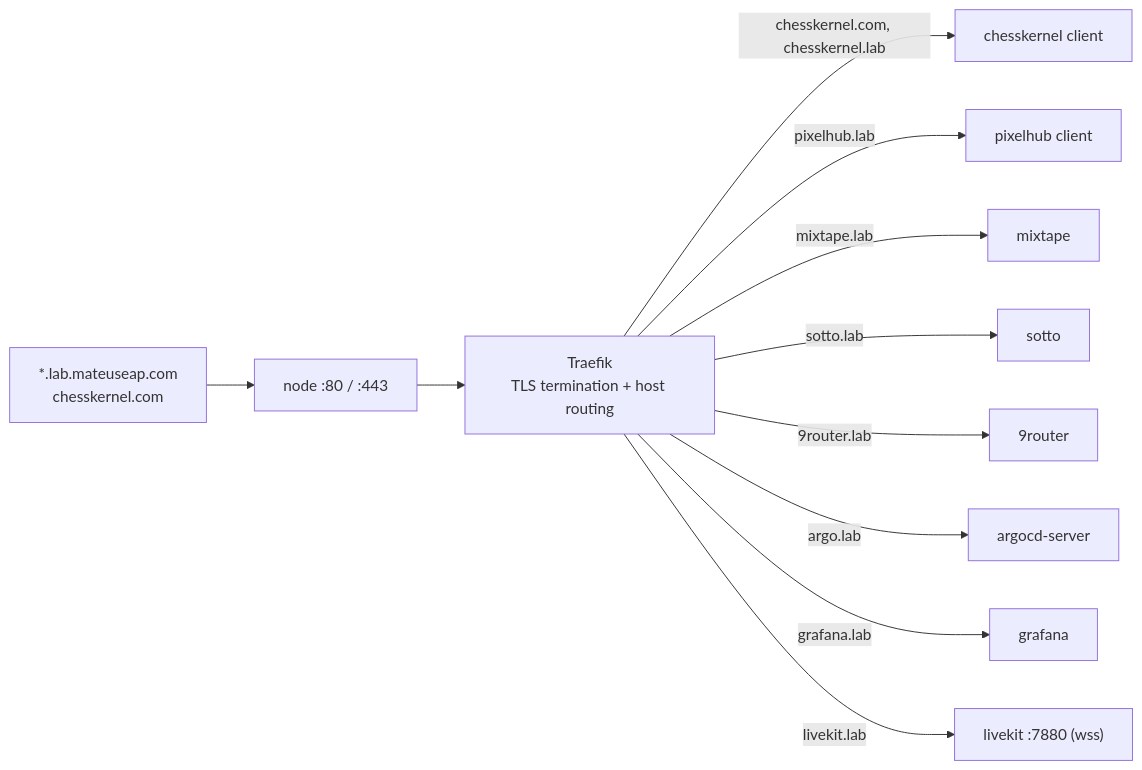
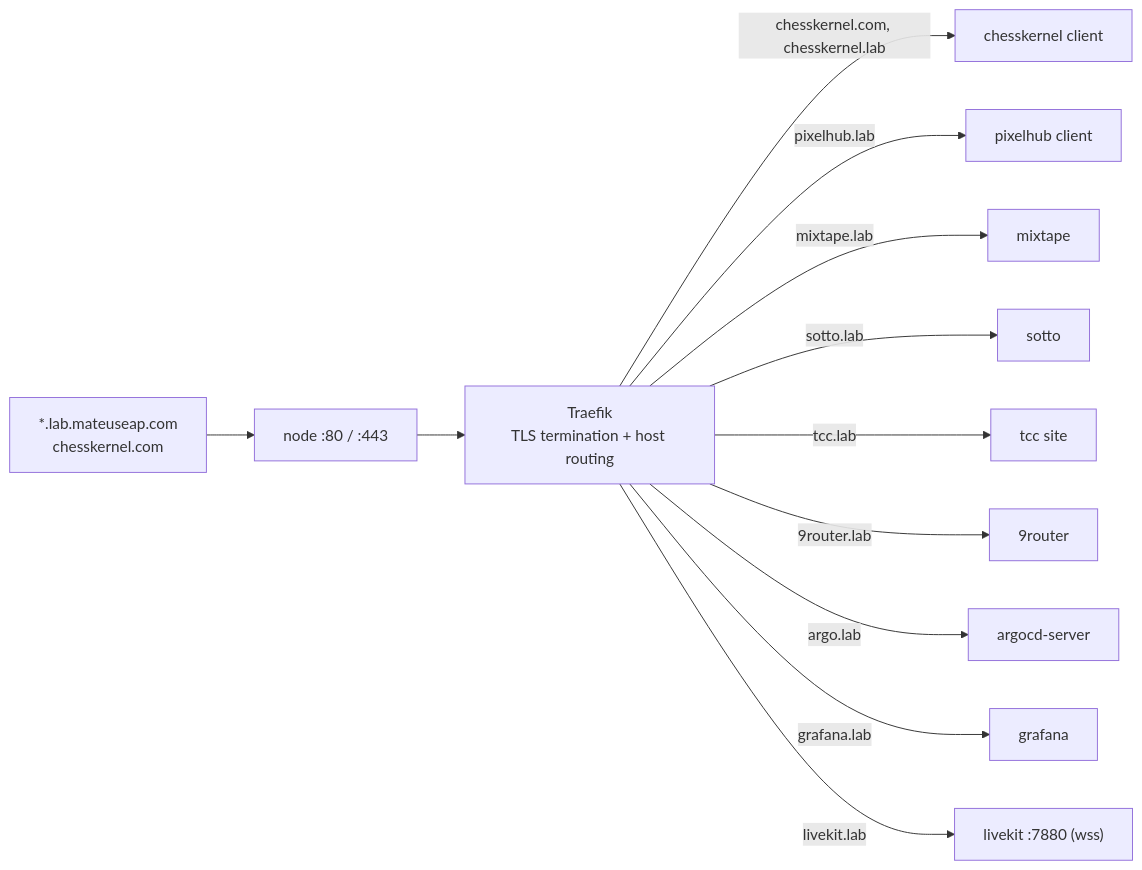
Before and after one commit to mateuseap/homelab: the diagram in docs/networking.md, drawn with Mermaid. The commit also changed other lines of this file and 10 other files, not shown here.

Commit message:
feat(tcc): deploy private thesis site with app-level login

````diff
--- a/docs/networking.md
+++ b/docs/networking.md
@@ -25,13 +25,14 @@
 ```mermaid
 flowchart LR
     DNS["*.lab.mateuseap.com<br/>chesskernel.com"] --> Node["node :80 / :443"]
     Node --> Traefik["Traefik<br/>TLS termination + host routing"]
     Traefik -->|chesskernel.com, chesskernel.lab| CK["chesskernel client"]
     Traefik -->|pixelhub.lab| PH["pixelhub client"]
     Traefik -->|mixtape.lab| MIX["mixtape"]
     Traefik -->|sotto.lab| SOT["sotto"]
+    Traefik -->|tcc.lab| TCC["tcc site"]
     Traefik -->|9router.lab| R9R["9router"]
     Traefik -->|argo.lab| ARG["argocd-server"]
     Traefik -->|grafana.lab| GRAF["grafana"]
     Traefik -->|livekit.lab| LK["livekit :7880 (wss)"]
 ```
````
